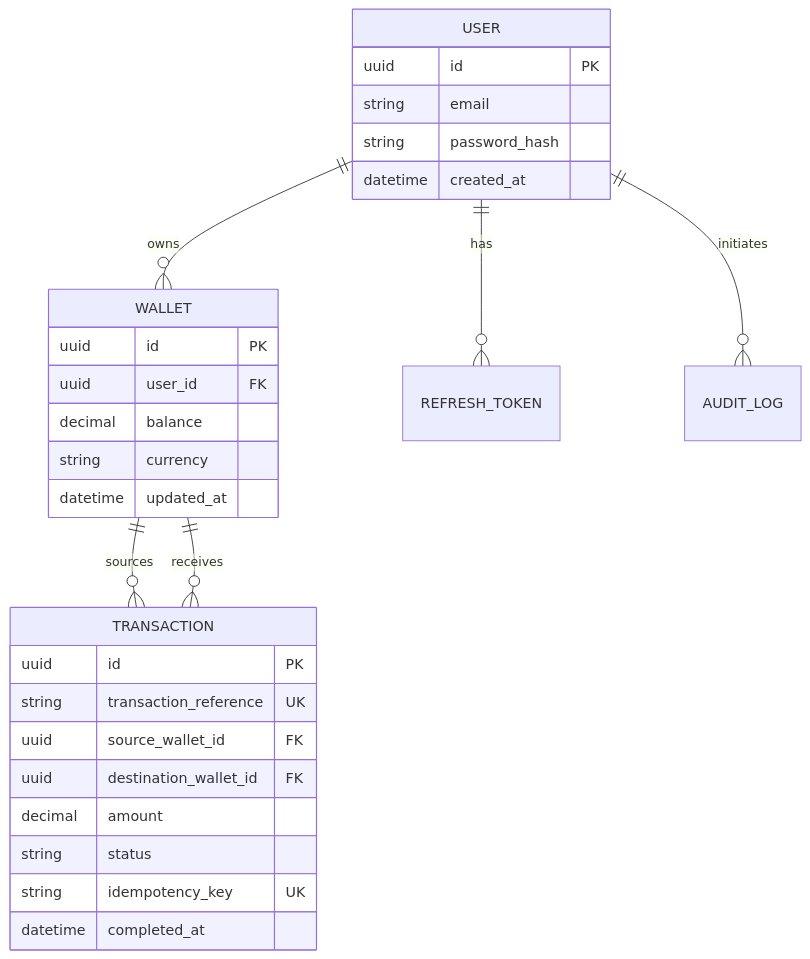
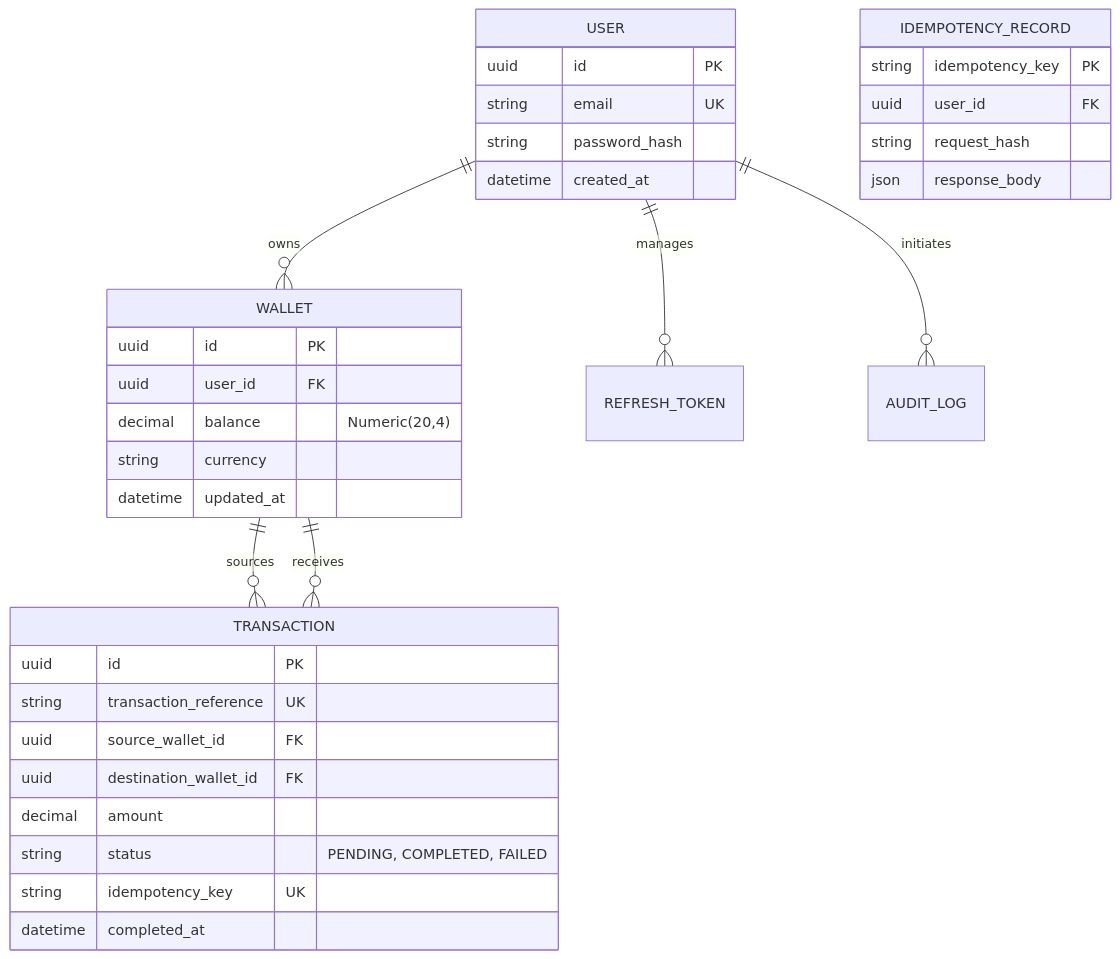
The diagram in README.md (whitebeard10/FinAPI), drawn with Mermaid before and after one commit. The commit also changed other lines of this file, not shown here.

````diff
--- a/README.md
+++ b/README.md
@@ -79,34 +40,41 @@
 ```mermaid
 erDiagram
     USER ||--o{ WALLET : owns
-    USER ||--o{ REFRESH_TOKEN : has
+    USER ||--o{ REFRESH_TOKEN : manages
+    USER ||--o{ AUDIT_LOG : initiates
     WALLET ||--o{ TRANSACTION : sources
     WALLET ||--o{ TRANSACTION : receives
-    USER ||--o{ AUDIT_LOG : initiates
 
     USER {
         uuid id PK
-        string email
+        string email UK
         string password_hash
         datetime created_at
     }
 
     WALLET {
         uuid id PK
         uuid user_id FK
-        decimal balance
+        decimal balance "Numeric(20,4)"
         string currency
         datetime updated_at
     }
 
     TRANSACTION {
         uuid id PK
         string transaction_reference UK
         uuid source_wallet_id FK
         uuid destination_wallet_id FK
         decimal amount
-        string status
+        string status "PENDING, COMPLETED, FAILED"
         string idempotency_key UK
         datetime completed_at
     }
+
+    IDEMPOTENCY_RECORD {
+        string idempotency_key PK
+        uuid user_id FK
+        string request_hash
+        json response_body
+    }
 ```
````
